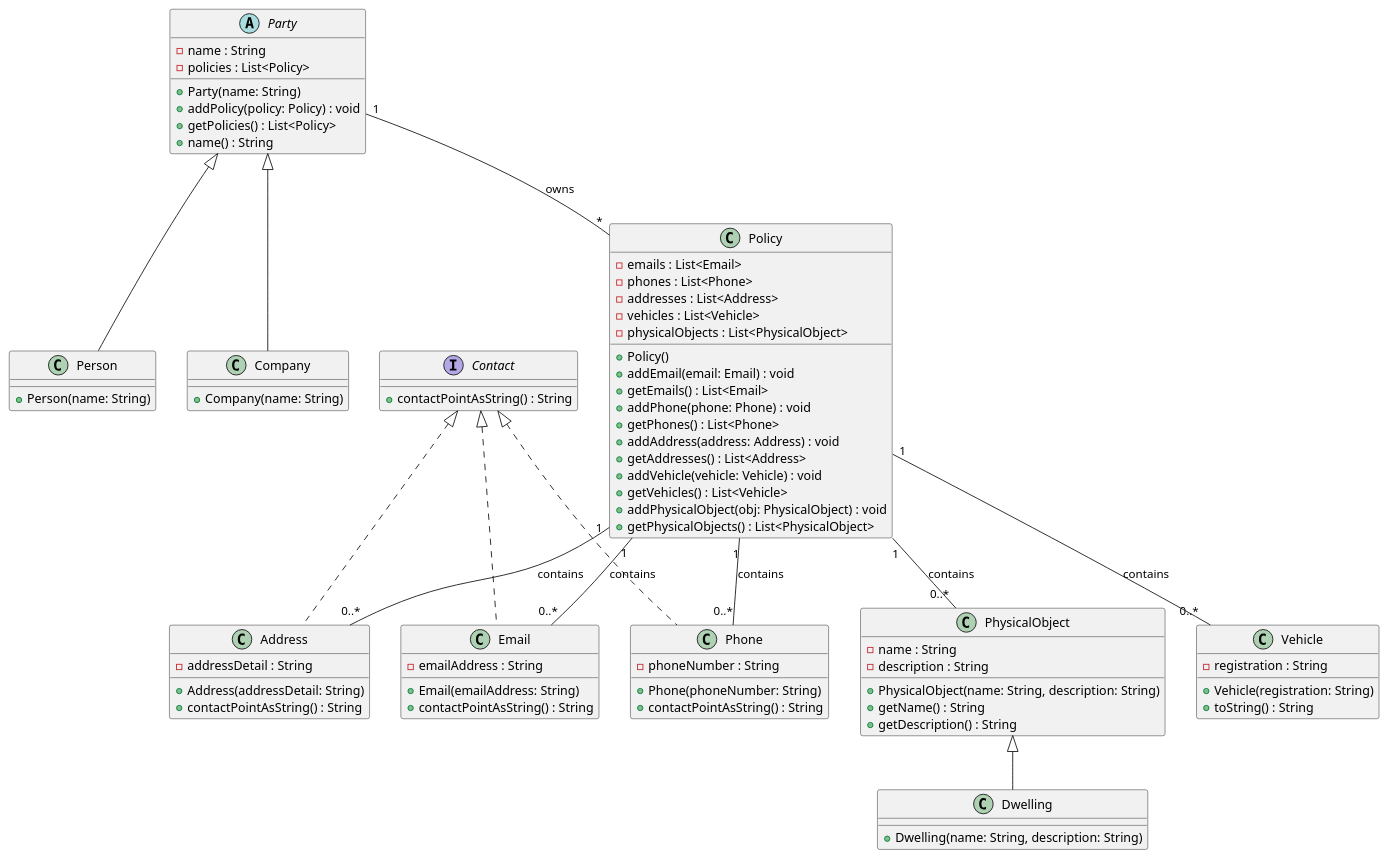
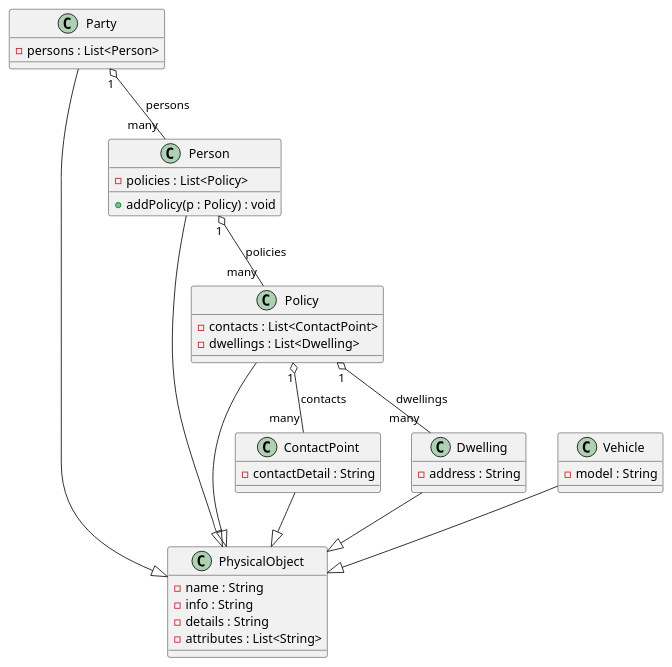
The diagram in survey-ud/gen-r-ent-o3-mini/R39_Insurance_class_diagram.puml (RayWP/pfsa-id), drawn with PlantUML before and after one commit. The commit also changed 40 other files, not shown here.

```diff
--- a/survey-ud/gen-r-ent-o3-mini/R39_Insurance_class_diagram.puml
+++ b/survey-ud/gen-r-ent-o3-mini/R39_Insurance_class_diagram.puml
@@ -1,106 +1,62 @@
 @startuml
 
-' Base party class with policies
-abstract class Party {
+' Base class for common attributes and methods
+class PhysicalObject {
   - name : String
-  - policies : List<Policy>
-  + Party(name: String)
-  + addPolicy(policy: Policy) : void
-  + getPolicies() : List<Policy>
-  + name() : String
+  - info : String
+  - details : String
+  - attributes : List<String>
 }
 
+' Person inherits common physical attributes,
+' and has policies.
 class Person {
-  + Person(name: String)
+  - policies : List<Policy>
+  + addPolicy(p : Policy) : void
 }
+Person --|> PhysicalObject
 
-class Company {
-  + Company(name: String)
+' Policy inherits PhysicalObject and holds contacts and dwellings.
+class Policy {
+  - contacts : List<ContactPoint>
+  - dwellings : List<Dwelling>
 }
+Policy --|> PhysicalObject
 
-' Inheritance for Party
-Party <|-- Person
-Party <|-- Company
+' Party represents a grouping of persons.
+class Party {
+  - persons : List<Person>
+}
+Party --|> PhysicalObject
 
-' Policy class with contacts, vehicles and physical objects
-class Policy {
-  - emails : List<Email>
-  - phones : List<Phone>
-  - addresses : List<Address>
-  - vehicles : List<Vehicle>
-  - physicalObjects : List<PhysicalObject>
-  + Policy()
-  + addEmail(email: Email) : void
-  + getEmails() : List<Email>
-  + addPhone(phone: Phone) : void
-  + getPhones() : List<Phone>
-  + addAddress(address: Address) : void
-  + getAddresses() : List<Address>
-  + addVehicle(vehicle: Vehicle) : void
-  + getVehicles() : List<Vehicle>
-  + addPhysicalObject(obj: PhysicalObject) : void
-  + getPhysicalObjects() : List<PhysicalObject>
+' Although not used in the redesigned Policy,
+' we include the Vehicle class as indicated in the requirements.
+class Vehicle {
+  - model : String
 }
+Vehicle --|> PhysicalObject
 
-' Relationship: Party holds Policy objects
-Party "1" -- "*" Policy : owns
+' ContactPoint class.
+class ContactPoint {
+  - contactDetail : String
+}
+ContactPoint --|> PhysicalObject
 
-' Contact interface for all contact points
-interface Contact {
-  + contactPointAsString() : String
+' Dwelling class.
+class Dwelling {
+  - address : String
 }
+Dwelling --|> PhysicalObject
 
-' Contact classes
-class Email {
-  - emailAddress : String
-  + Email(emailAddress: String)
-  + contactPointAsString() : String
-}
-class Phone {
-  - phoneNumber : String
-  + Phone(phoneNumber: String)
-  + contactPointAsString() : String
-}
-class Address {
-  - addressDetail : String
-  + Address(addressDetail: String)
-  + contactPointAsString() : String
-}
+' Relationships:
+' A Person aggregates Policies.
+Person "1" o-- "many" Policy : policies
 
-' Realize Contact interface
-Contact <|.. Email
-Contact <|.. Phone
-Contact <|.. Address
+' A Policy aggregates ContactPoints and Dwellings.
+Policy "1" o-- "many" ContactPoint : contacts
+Policy "1" o-- "many" Dwelling : dwellings
 
-' Policy has collections of contacts
-Policy "1" -- "0..*" Email : contains
-Policy "1" -- "0..*" Phone : contains
-Policy "1" -- "0..*" Address : contains
-
-' Vehicle class definition
-class Vehicle {
-  - registration : String
-  + Vehicle(registration: String)
-  + toString() : String
-}
-
-Policy "1" -- "0..*" Vehicle : contains
-
-' Physical objects: general class and dwellings
-class PhysicalObject {
-  - name : String
-  - description : String
-  + PhysicalObject(name: String, description: String)
-  + getName() : String
-  + getDescription() : String
-}
-
-class Dwelling {
-  + Dwelling(name: String, description: String)
-}
-
-PhysicalObject <|-- Dwelling
-
-Policy "1" -- "0..*" PhysicalObject : contains
+' A Party aggregates Persons.
+Party "1" o-- "many" Person : persons
 
 @enduml
```
